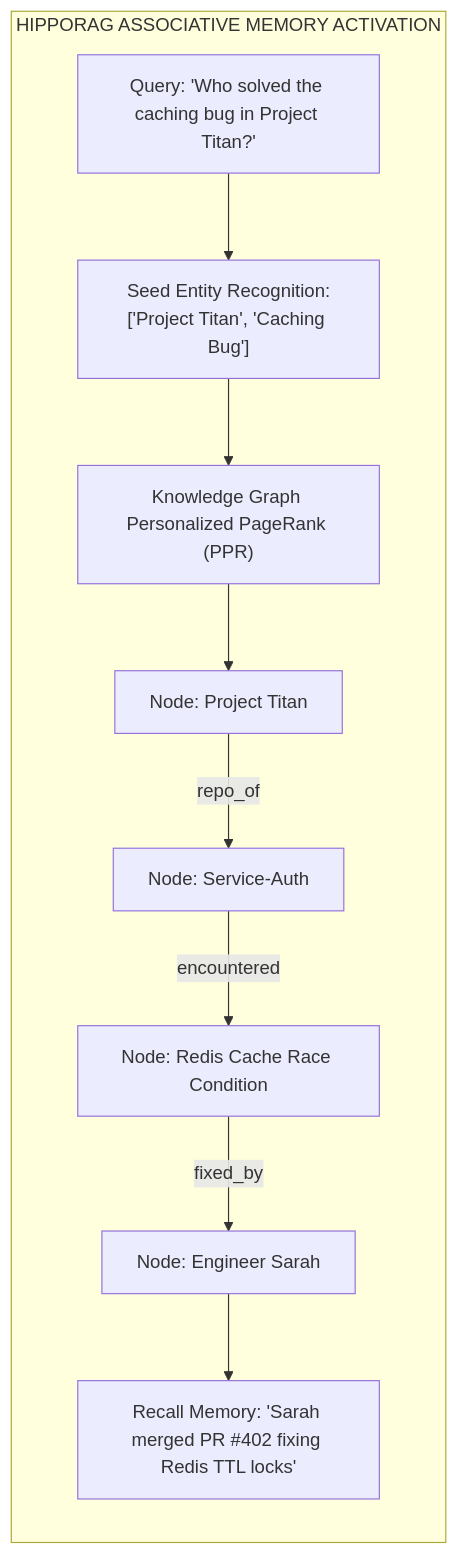
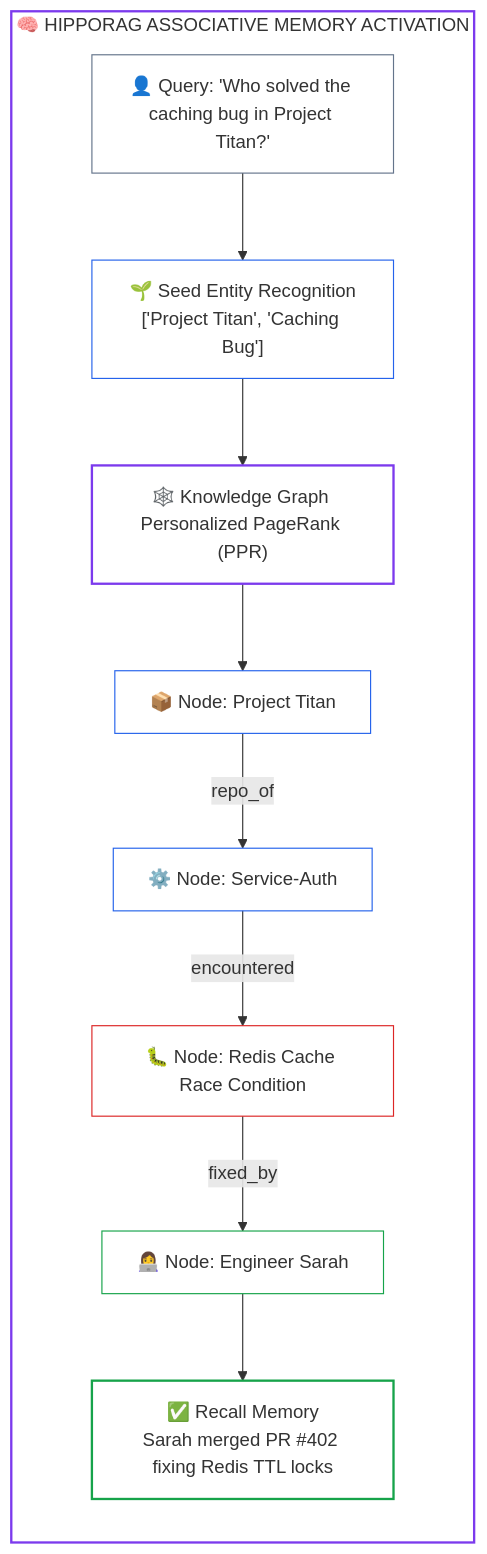
Before and after one commit to dip4k/senior-engineer-to-ai-engineer-roadmap: the seventh of 13 diagrams in 04-agentic-systems-and-orchestration/labs/lab5-agent-memory-system.md, drawn with Mermaid. The commit also changed other lines of this file and 94 other files, not shown here.

Commit message:
refactor(curriculum): complete Phase 04 upgrade and enforce diagram renderer invariants

````diff
--- a/04-agentic-systems-and-orchestration/labs/lab5-agent-memory-system.md
+++ b/04-agentic-systems-and-orchestration/labs/lab5-agent-memory-system.md
@@ -340,14 +400,24 @@
 ```mermaid
 flowchart LR
-    subgraph HIPPORAG["HIPPORAG ASSOCIATIVE MEMORY ACTIVATION"]
-        Q["Query: 'Who solved the caching bug in Project Titan?'"] --> Seed["Seed Entity Recognition:\n['Project Titan', 'Caching Bug']"]
-        Seed --> Graph["Knowledge Graph Personalized PageRank (PPR)"]
+    subgraph HIPPORAG["🧠 HIPPORAG ASSOCIATIVE MEMORY ACTIVATION"]
+        Q["👤 Query: 'Who solved the caching bug in Project Titan?'"] --> Seed["🌱 Seed Entity Recognition<br/>['Project Titan', 'Caching Bug']"]
+        Seed --> Graph["🕸️ Knowledge Graph Personalized PageRank (PPR)"]
         
-        Graph --> N1["Node: Project Titan"]
-        N1 -->|repo_of| N2["Node: Service-Auth"]
-        N2 -->|encountered| N3["Node: Redis Cache Race Condition"]
-        N3 -->|fixed_by| N4["Node: Engineer Sarah"]
+        Graph --> N1["📦 Node: Project Titan"]
+        N1 -->|repo_of| N2["⚙️ Node: Service-Auth"]
+        N2 -->|encountered| N3["🐛 Node: Redis Cache Race Condition"]
+        N3 -->|fixed_by| N4["👩‍💻 Node: Engineer Sarah"]
         
-        N4 --> Result["Recall Memory: 'Sarah merged PR #402 fixing Redis TTL locks'"]
+        N4 --> Result["✅ Recall Memory<br/>Sarah merged PR #402 fixing Redis TTL locks"]
     end
+
+    style HIPPORAG fill:none,stroke:#7c3aed,stroke-width:2px
+    style Q stroke:#64748b,stroke-width:1px,fill:none
+    style Seed stroke:#2563eb,stroke-width:1px,fill:none
+    style Graph stroke:#7c3aed,stroke-width:2px,fill:none
+    style N1 stroke:#2563eb,stroke-width:1px,fill:none
+    style N2 stroke:#2563eb,stroke-width:1px,fill:none
+    style N3 stroke:#dc2626,stroke-width:1px,fill:none
+    style N4 stroke:#16a34a,stroke-width:1px,fill:none
+    style Result stroke:#16a34a,stroke-width:2px,fill:none
 ```
````
